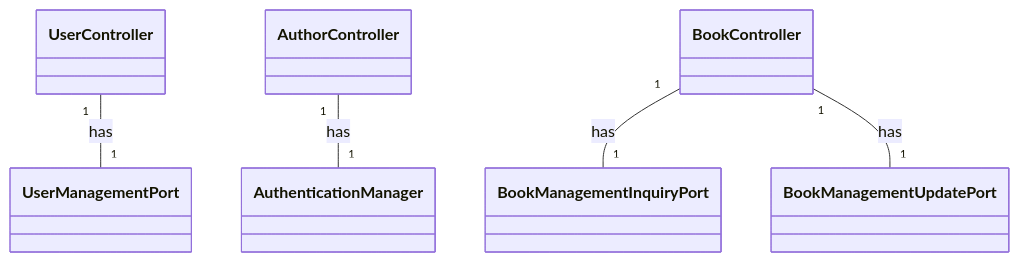
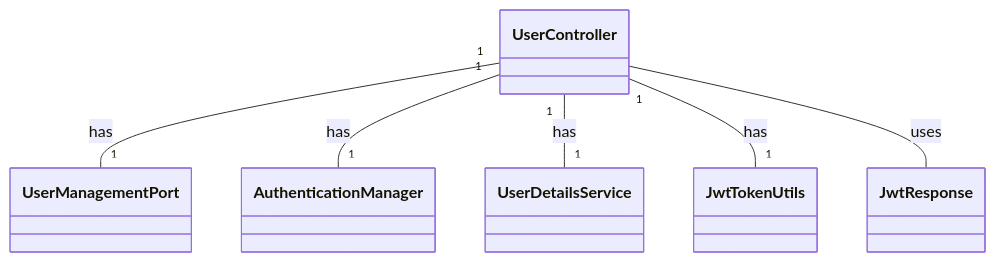
Before and after one commit to z669016/mybooks: the seventh of 11 diagrams in README.md, drawn with Mermaid. The commit also changed other lines of this file and 2 other files, not shown here.

````diff
--- a/README.md
+++ b/README.md
@@ -438,8 +467,8 @@
 ```mermaid
 classDiagram
     UserController "1" -- "1" UserManagementPort: has
-    AuthorController "1" -- "1" AuthenticationManager: has
-
-    BookController "1" -- "1" BookManagementInquiryPort: has
-    BookController "1" -- "1" BookManagementUpdatePort: has
+    UserController "1" -- "1" AuthenticationManager: has
+    UserController "1" -- "1" UserDetailsService: has
+    UserController "1" -- "1" JwtTokenUtils: has
+    UserController -- JwtResponse: uses
 ```
````
